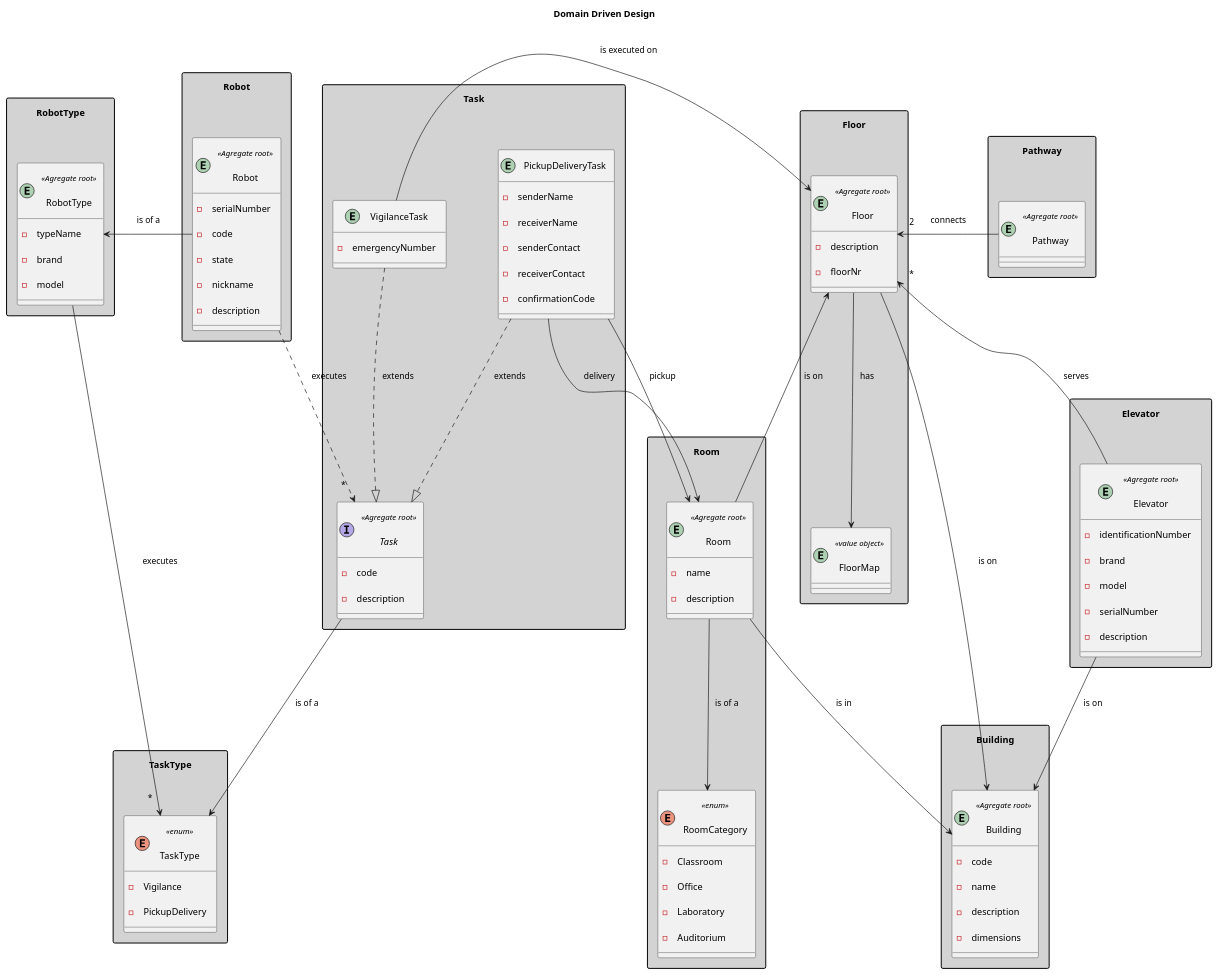
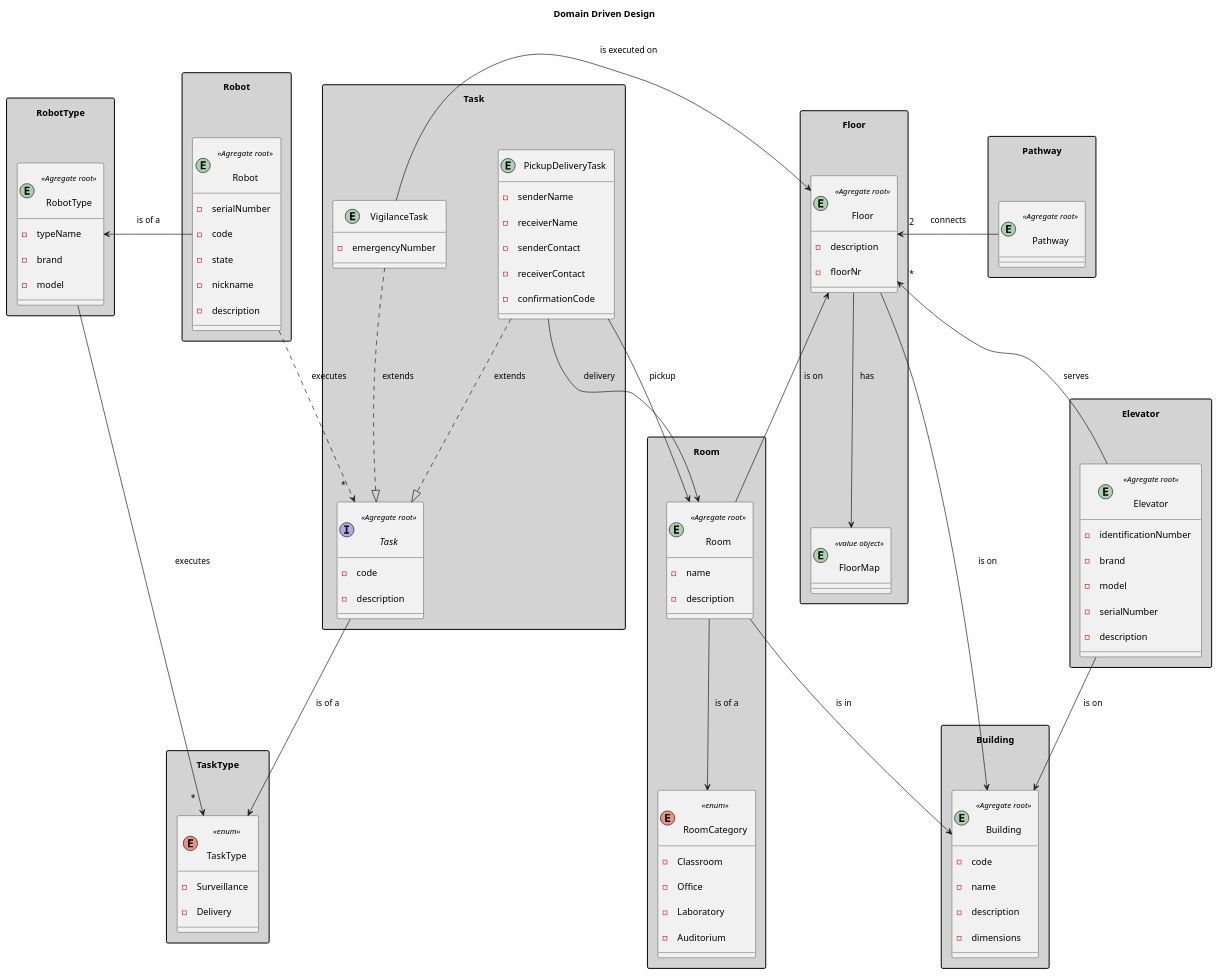
The diagram in docs/domainModel/ddd.puml (rpeir/LAPR5), drawn with PlantUML before and after one commit. The commit also changed 5 other files, not shown here.

```diff
--- a/docs/domainModel/ddd.puml
+++ b/docs/domainModel/ddd.puml
@@ -1,142 +1,142 @@
 @startuml Domain Driven Design
 
 title "Domain Driven Design"
 ' left to right direction
 ' top to bottom direction
 skinparam Padding 10
 skinparam Nodesep 80
 skinparam ranksep 100
 skinparam groupInheritance 1
 ' skinparam linetype ortho
 skinparam separation 1000
 skinparam NoteBackgroundColor #A9A9A9
 skinparam PackageStyle rectangle
 skinparam package {
     BackgroundColor #D3D3D3
     FontStyle bold
 }
 
 ' hide circle
 ' hide methods
 
 package Robot {
     entity Robot <<Agregate root>>{
         -serialNumber
         -code
         -state
         -nickname
         -description
     }
 }
 
 package RobotType {
     entity RobotType <<Agregate root>> {
         - typeName
         - brand
         - model
     }
 
 }
 package TaskType {
     enum TaskType <<enum>> {
-        -Vigilance
-        -PickupDelivery
+        -Surveillance
+        -Delivery
     }
 }
 
 package Task {
     interface Task <<Agregate root>> {
         - code
         - description
 
     }
 
     entity VigilanceTask {
         - emergencyNumber
     }
     entity PickupDeliveryTask {
         - senderName
         - receiverName
         - senderContact
         - receiverContact
         - confirmationCode
     }
 }
 
 package Building {
     entity Building <<Agregate root>>{
         - code
         - name
         - description
         - dimensions
     }
 }
 
 package Floor{
     entity Floor <<Agregate root>> {
         - description
         - floorNr
     }
 
     entity FloorMap <<value object>>
 
 }
 
 package Elevator {
     entity Elevator <<Agregate root>> {
         - identificationNumber
         - brand
         - model
         - serialNumber
         - description
       }
 }
 
 package Room{
     entity Room <<Agregate root>> {
         - name
         - description
     }
 
     enum RoomCategory <<enum>>{
             - Classroom
             - Office
             - Laboratory
             - Auditorium
     }
 }
 
 package Pathway {
     entity Pathway <<Agregate root>>{
     }
 }
 
 Task.VigilanceTask ..|> Task.Task: extends
 Task.PickupDeliveryTask ..|> Task.Task: extends
 
 Room.Room --> RoomCategory: is of a
 Room.Room --> Building.Building: is in
 
 RobotType.RobotType --> "*" TaskType.TaskType: executes
 
 Floor.Floor --> Building.Building: is on
 Floor.Floor "*" <-- Elevator.Elevator : serves
 Floor.Floor <-- Room.Room: is on
 Floor.Floor --> Floor.FloorMap: has
 
 Elevator.Elevator --> Building.Building: is on
 
 Task.PickupDeliveryTask -> Room.Room: delivery
 Task.PickupDeliveryTask -> Room.Room: pickup
 
 Task.VigilanceTask -> Floor.Floor: is executed on
 
 Pathway.Pathway -> "2" Floor.Floor: connects
 
 Robot.Robot -> RobotType.RobotType : is of a
 
 Task.Task --> TaskType.TaskType : is of a
 
 Robot.Robot ..> "*" Task.Task : executes
 
 @enduml
```
